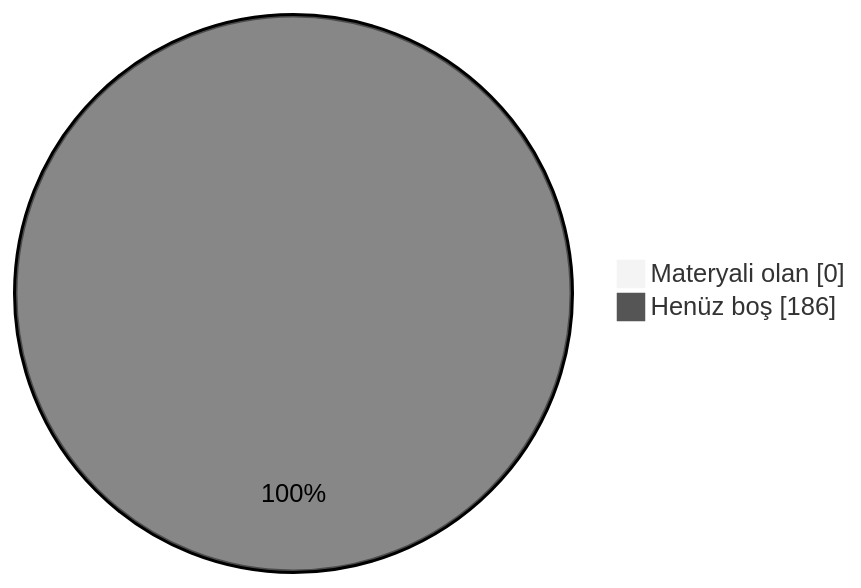
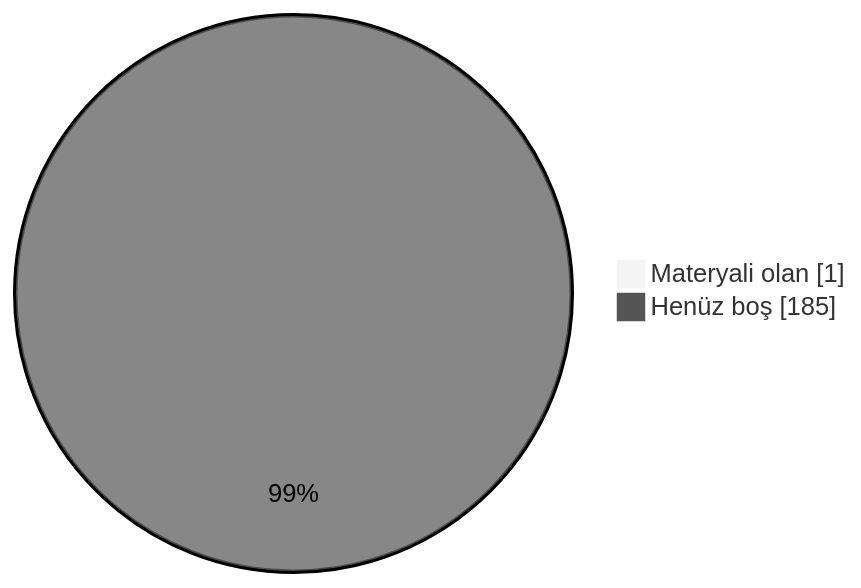
The diagram in README.md (MarmaraArsiv/muh_bilgisayar), drawn with Mermaid (neutral theme) before and after one commit. The commit also changed other lines of this file, not shown here.

````diff
--- a/README.md
+++ b/README.md
@@ -105,5 +105,5 @@
 ```mermaid
 pie showData
-  "Materyali olan" : 0
-  "Henüz boş" : 186
+  "Materyali olan" : 1
+  "Henüz boş" : 185
 ```
````
